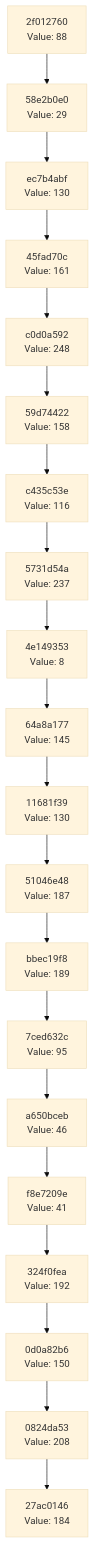
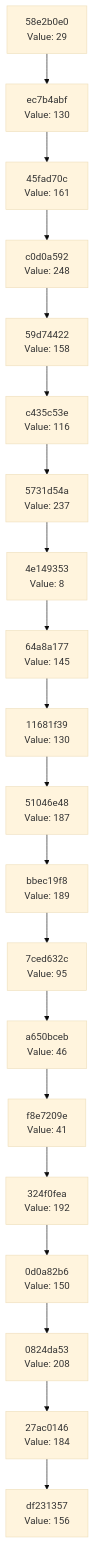
One commit to Abhisheksinha1506/hash-chain-evolver changed the diagram in docs/CHAIN_VISUALIZATION.md. Above: the diagram before and after it, drawn with Mermaid (base theme). The commit also changed 2 other files, not shown here.

Commit message:
Evolution Step

````diff
--- a/docs/CHAIN_VISUALIZATION.md
+++ b/docs/CHAIN_VISUALIZATION.md
@@ -3,42 +3,42 @@
 ```mermaid
 graph TD
-    C0["27ac0146<br/>Value: 184"]
-    C1["0824da53<br/>Value: 208"]
+    C0["df231357<br/>Value: 156"]
+    C1["27ac0146<br/>Value: 184"]
     C1 --> C0
-    C2["0d0a82b6<br/>Value: 150"]
+    C2["0824da53<br/>Value: 208"]
     C2 --> C1
-    C3["324f0fea<br/>Value: 192"]
+    C3["0d0a82b6<br/>Value: 150"]
     C3 --> C2
-    C4["f8e7209e<br/>Value: 41"]
+    C4["324f0fea<br/>Value: 192"]
     C4 --> C3
-    C5["a650bceb<br/>Value: 46"]
+    C5["f8e7209e<br/>Value: 41"]
     C5 --> C4
-    C6["7ced632c<br/>Value: 95"]
+    C6["a650bceb<br/>Value: 46"]
     C6 --> C5
-    C7["bbec19f8<br/>Value: 189"]
+    C7["7ced632c<br/>Value: 95"]
     C7 --> C6
-    C8["51046e48<br/>Value: 187"]
+    C8["bbec19f8<br/>Value: 189"]
     C8 --> C7
-    C9["11681f39<br/>Value: 130"]
+    C9["51046e48<br/>Value: 187"]
     C9 --> C8
-    C10["64a8a177<br/>Value: 145"]
+    C10["11681f39<br/>Value: 130"]
     C10 --> C9
-    C11["4e149353<br/>Value: 8"]
+    C11["64a8a177<br/>Value: 145"]
     C11 --> C10
-    C12["5731d54a<br/>Value: 237"]
+    C12["4e149353<br/>Value: 8"]
     C12 --> C11
-    C13["c435c53e<br/>Value: 116"]
+    C13["5731d54a<br/>Value: 237"]
     C13 --> C12
-    C14["59d74422<br/>Value: 158"]
+    C14["c435c53e<br/>Value: 116"]
     C14 --> C13
-    C15["c0d0a592<br/>Value: 248"]
+    C15["59d74422<br/>Value: 158"]
     C15 --> C14
-    C16["45fad70c<br/>Value: 161"]
+    C16["c0d0a592<br/>Value: 248"]
     C16 --> C15
-    C17["ec7b4abf<br/>Value: 130"]
+    C17["45fad70c<br/>Value: 161"]
     C17 --> C16
-    C18["58e2b0e0<br/>Value: 29"]
+    C18["ec7b4abf<br/>Value: 130"]
     C18 --> C17
-    C19["2f012760<br/>Value: 88"]
+    C19["58e2b0e0<br/>Value: 29"]
     C19 --> C18
 ```
````
